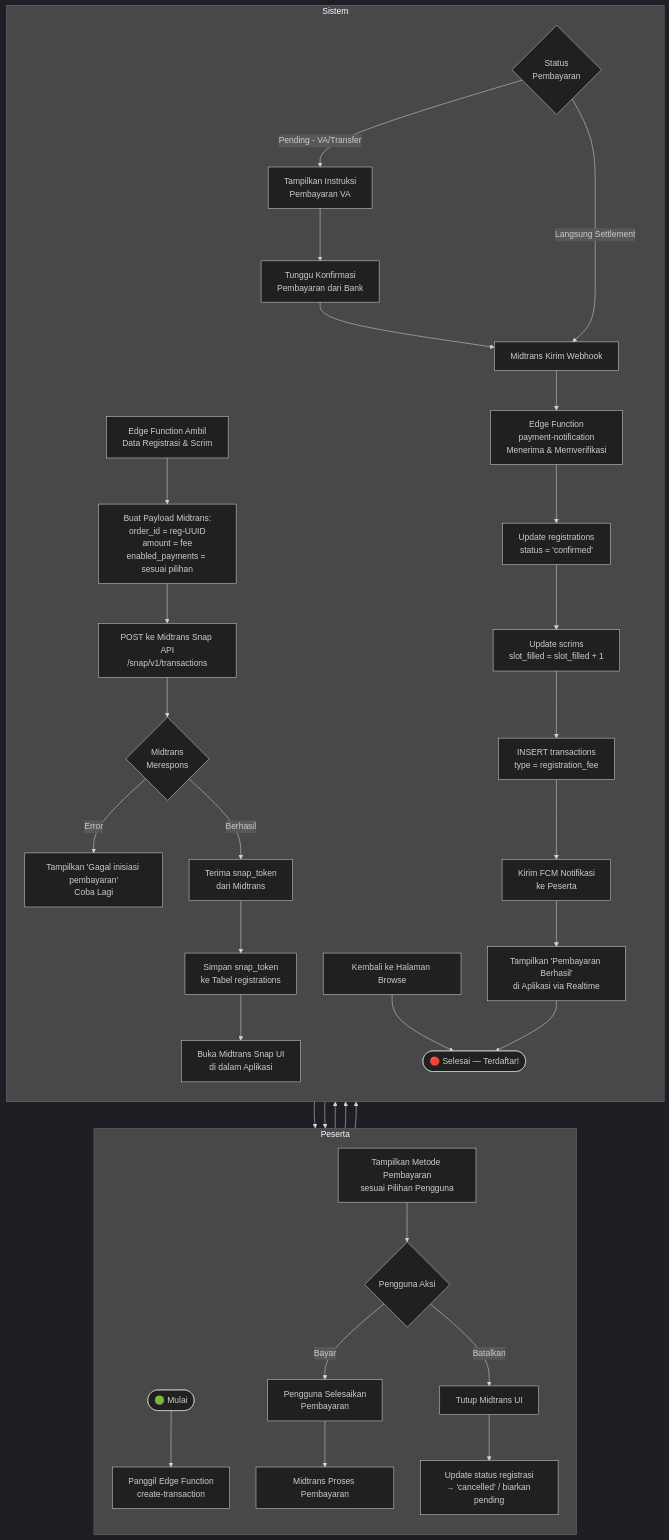
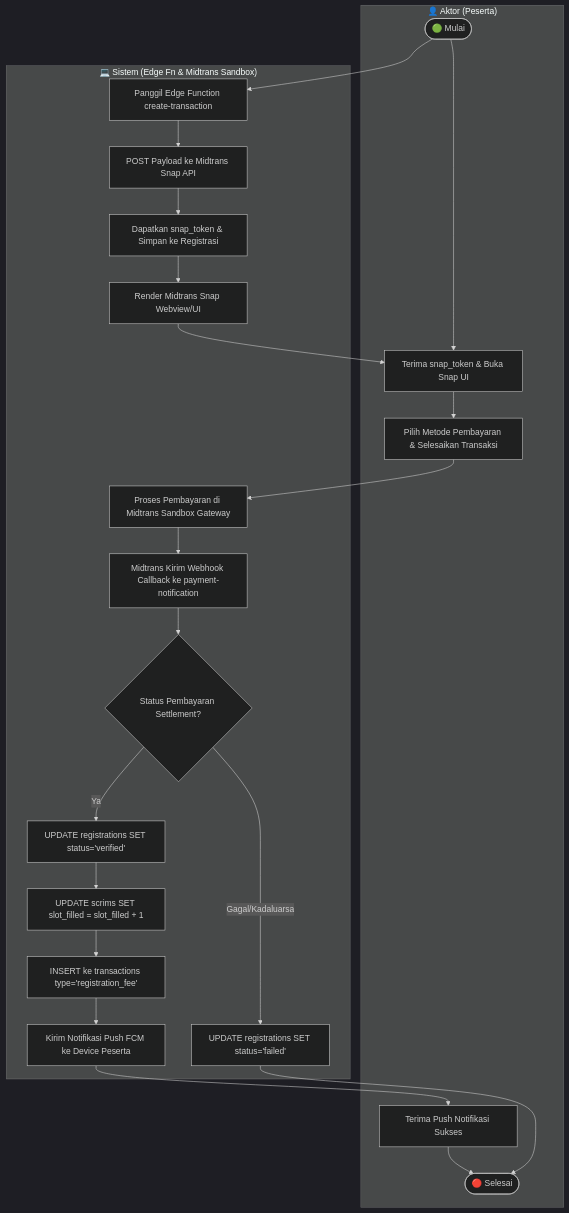
One commit to yosima050/booyahhub changed the seventh of 43 diagrams in DOKUMENTASI.md. Above: the diagram before and after it, drawn with Mermaid (dark theme). The commit also changed other lines of this file, not shown here.

Commit message:
docs: update system documentation to reflect SKPL version, Midtrans Sandbox integration, and simplified use case workflow

````diff
--- a/DOKUMENTASI.md
+++ b/DOKUMENTASI.md
@@ -383,39 +302,23 @@
 ```mermaid
 flowchart TD
-    subgraph Peserta
-        direction TB
-        A([🟢 Mulai]) --> B
-        K --> L{Pengguna Aksi}
-        L -->|Bayar| M[Pengguna Selesaikan<br/>Pembayaran]
-        L -->|Batalkan| N[Tutup Midtrans UI]
-        M --> Q
-        N --> O
+    subgraph Aktor ["👤 Aktor (Peserta)"]
+        F1([🟢 Mulai]) --> F2[Terima snap_token & Buka Snap UI]
+        F2 --> F3[Pilih Metode Pembayaran & Selesaikan Transaksi]
+        F4[Terima Push Notifikasi Sukses] --> F5([🔴 Selesai])
     end
 
-    subgraph Sistem
-        direction TB
-        B[Panggil Edge Function<br/>create-transaction] --> C[Edge Function Ambil<br/>Data Registrasi & Scrim]
-        C --> D[Buat Payload Midtrans:<br/>order_id = reg-UUID<br/>amount = fee<br/>enabled_payments = sesuai pilihan]
-        D --> E[POST ke Midtrans Snap API<br/>/snap/v1/transactions]
-        E --> F{Midtrans<br/>Merespons}
-        F -->|Error| G[Tampilkan 'Gagal inisiasi pembayaran'<br/>Coba Lagi]
-        G --> B
-        F -->|Berhasil| H[Terima snap_token<br/>dari Midtrans]
-        H --> I[Simpan snap_token<br/>ke Tabel registrations]
-        I --> J[Buka Midtrans Snap UI<br/>di dalam Aplikasi]
-        J --> K[Tampilkan Metode Pembayaran<br/>sesuai Pilihan Pengguna]
-        O[Update status registrasi<br/>→ 'cancelled' / biarkan pending] --> P[Kembali ke Halaman Browse]
-        Q[Midtrans Proses Pembayaran] --> R{Status<br/>Pembayaran}
-        R -->|Pending - VA/Transfer| S[Tampilkan Instruksi<br/>Pembayaran VA]
-        S --> T[Tunggu Konfirmasi<br/>Pembayaran dari Bank]
-        T --> U[Midtrans Kirim Webhook]
-        R -->|Langsung Settlement| U
-        U --> V[Edge Function<br/>payment-notification<br/>Menerima & Memverifikasi]
-        V --> W[Update registrations<br/>status = 'confirmed']
-        W --> X[Update scrims<br/>slot_filled = slot_filled + 1]
-        X --> Y[INSERT transactions<br/>type = registration_fee]
-        Y --> Z[Kirim FCM Notifikasi<br/>ke Peserta]
-        Z --> AA[Tampilkan 'Pembayaran Berhasil'<br/>di Aplikasi via Realtime]
-        P & AA --> AB([🔴 Selesai — Terdaftar!])
+    subgraph Sistem ["💻 Sistem (Edge Fn & Midtrans Sandbox)"]
+        F1 --> S1[Panggil Edge Function create-transaction]
+        S1 --> S2[POST Payload ke Midtrans Snap API]
+        S2 --> S3[Dapatkan snap_token & Simpan ke Registrasi]
+        S3 --> S4[Render Midtrans Snap Webview/UI] --> F2
+        F3 --> S5[Proses Pembayaran di Midtrans Sandbox Gateway]
+        S5 --> S6[Midtrans Kirim Webhook Callback ke payment-notification]
+        S6 --> S7{Status Pembayaran Settlement?}
+        S7 -->|Ya| S8[UPDATE registrations SET status='verified']
+        S8 --> S9[UPDATE scrims SET slot_filled = slot_filled + 1]
+        S9 --> S10[INSERT ke transactions type='registration_fee']
+        S10 --> S11[Kirim Notifikasi Push FCM ke Device Peserta] --> F4
+        S7 -->|Gagal/Kadaluarsa| S12[UPDATE registrations SET status='failed'] --> F5
     end
 ```
````
